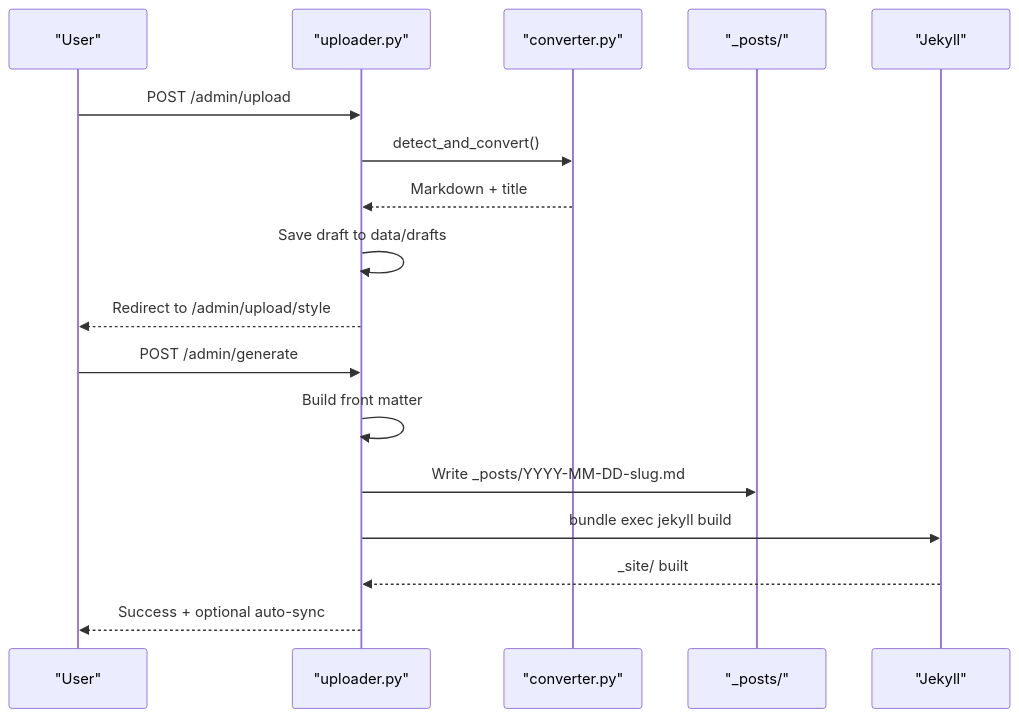
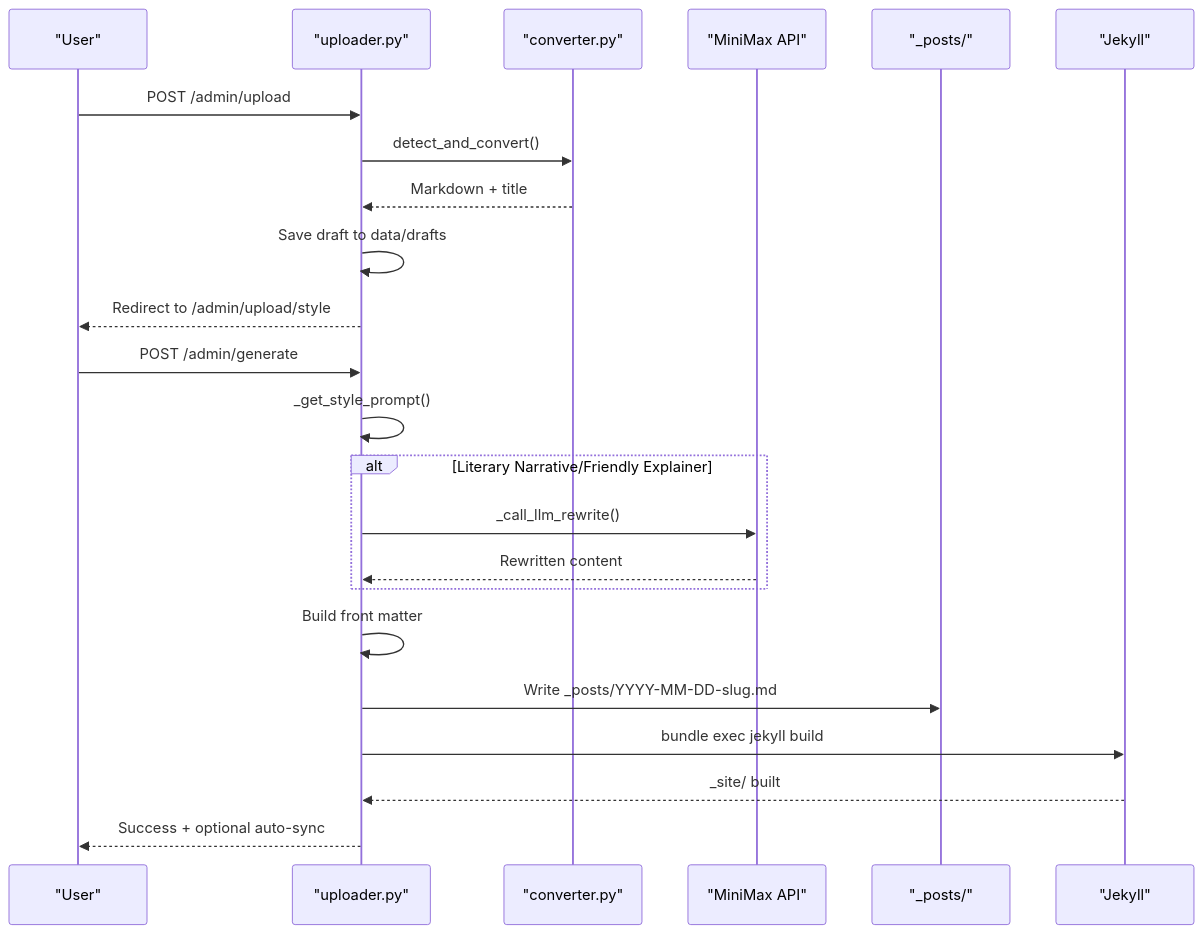
The sixth of 14 diagrams in .qoder/repowiki/en/content/Frontend Application/Article Presentation System/Article Presentation System.md (PolarisW007/PolaZhenJing), drawn with Mermaid before and after one commit. The commit also changed other lines of this file and 11 other files, not shown here.

````diff
--- a/.qoder/repowiki/en/content/Frontend Application/Article Presentation System/Article Presentation System.md
+++ b/.qoder/repowiki/en/content/Frontend Application/Article Presentation System/Article Presentation System.md
@@ -247,19 +284,25 @@
 ```mermaid
 sequenceDiagram
 participant U as "User"
 participant UP as "uploader.py"
 participant CV as "converter.py"
+participant LLM as "MiniMax API"
 participant FS as "_posts/"
 participant JE as "Jekyll"
 U->>UP : POST /admin/upload
 UP->>CV : detect_and_convert()
 CV-->>UP : Markdown + title
 UP->>UP : Save draft to data/drafts
 UP-->>U : Redirect to /admin/upload/style
 U->>UP : POST /admin/generate
+UP->>UP : _get_style_prompt()
+alt Literary Narrative/Friendly Explainer
+UP->>LLM : _call_llm_rewrite()
+LLM-->>UP : Rewritten content
+end
 UP->>UP : Build front matter
 UP->>FS : Write _posts/YYYY-MM-DD-slug.md
 UP->>JE : bundle exec jekyll build
 JE-->>UP : _site/ built
 UP-->>U : Success + optional auto-sync
 ```
````
